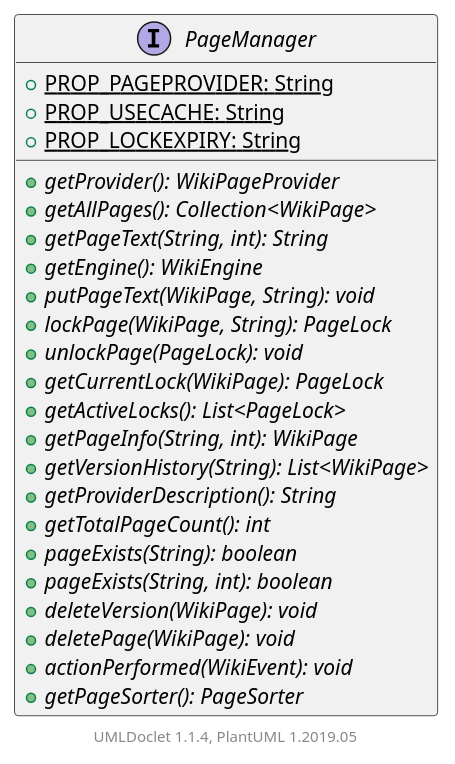
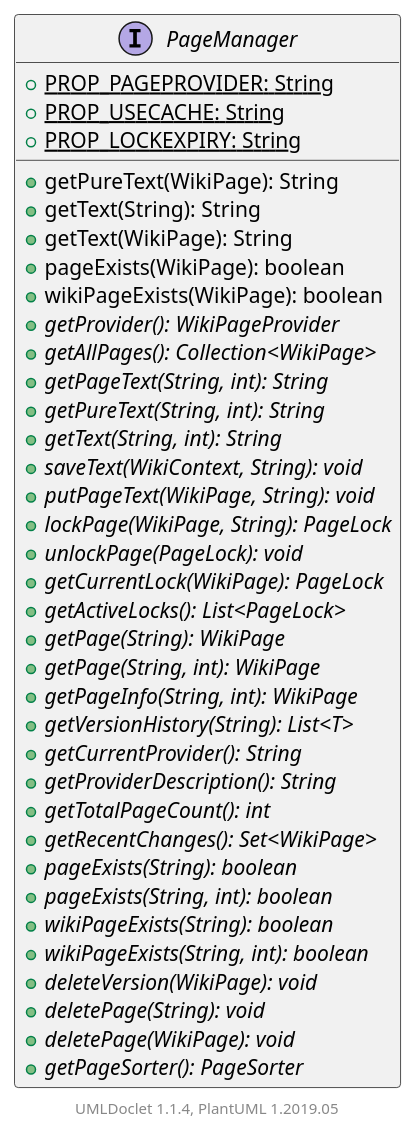
The diagram in apidocs/2.11.0.M7-SNAPSHOT/org/apache/wiki/pages/PageManager.puml (apache/jspwiki-site), drawn with PlantUML before and after one commit. The commit also changed 1696 other files, not shown here.

```diff
--- a/apidocs/2.11.0.M7-SNAPSHOT/org/apache/wiki/pages/PageManager.puml
+++ b/apidocs/2.11.0.M7-SNAPSHOT/org/apache/wiki/pages/PageManager.puml
@@ -1,30 +1,43 @@
 @startuml
 
     interface PageManager [[PageManager.html]] {
         {static} +PROP_PAGEPROVIDER: String
         {static} +PROP_USECACHE: String
         {static} +PROP_LOCKEXPIRY: String
+        +getPureText(WikiPage): String
+        +getText(String): String
+        +getText(WikiPage): String
+        +pageExists(WikiPage): boolean
+        +wikiPageExists(WikiPage): boolean
         {abstract} +getProvider(): WikiPageProvider
         {abstract} +getAllPages(): Collection<WikiPage>
         {abstract} +getPageText(String, int): String
-        {abstract} +getEngine(): WikiEngine
+        {abstract} +getPureText(String, int): String
+        {abstract} +getText(String, int): String
+        {abstract} +saveText(WikiContext, String): void
         {abstract} +putPageText(WikiPage, String): void
         {abstract} +lockPage(WikiPage, String): PageLock
         {abstract} +unlockPage(PageLock): void
         {abstract} +getCurrentLock(WikiPage): PageLock
         {abstract} +getActiveLocks(): List<PageLock>
+        {abstract} +getPage(String): WikiPage
+        {abstract} +getPage(String, int): WikiPage
         {abstract} +getPageInfo(String, int): WikiPage
-        {abstract} +getVersionHistory(String): List<WikiPage>
+        {abstract} +getVersionHistory(String): List<T>
+        {abstract} +getCurrentProvider(): String
         {abstract} +getProviderDescription(): String
         {abstract} +getTotalPageCount(): int
+        {abstract} +getRecentChanges(): Set<WikiPage>
         {abstract} +pageExists(String): boolean
         {abstract} +pageExists(String, int): boolean
+        {abstract} +wikiPageExists(String): boolean
+        {abstract} +wikiPageExists(String, int): boolean
         {abstract} +deleteVersion(WikiPage): void
+        {abstract} +deletePage(String): void
         {abstract} +deletePage(WikiPage): void
-        {abstract} +actionPerformed(WikiEvent): void
         {abstract} +getPageSorter(): PageSorter
     }
 
 
     center footer UMLDoclet 1.1.4, PlantUML 1.2019.05
 @enduml
```
